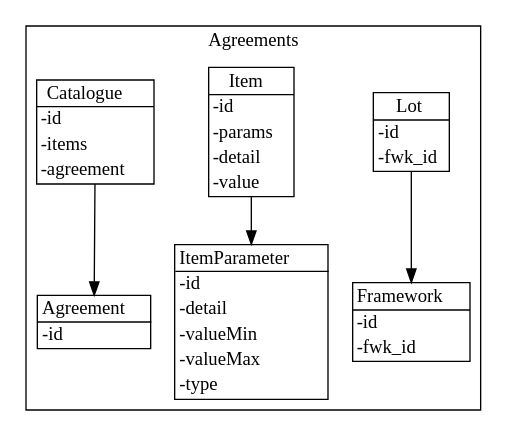
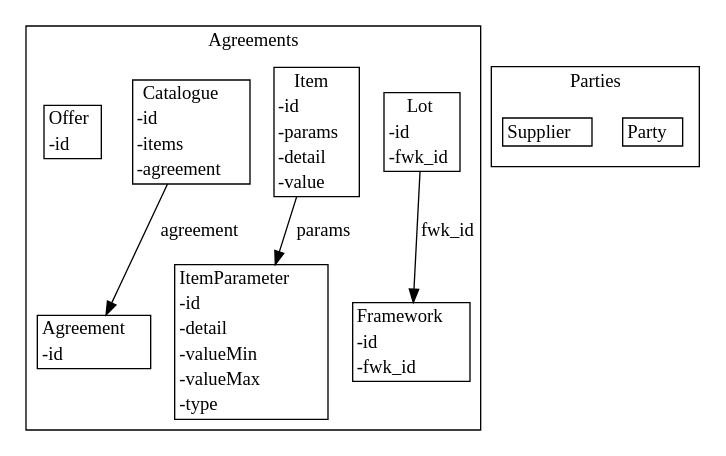
The diagram in agreement-design/diagrams/data_model.dot (Crown-Commercial-Service/cmp-design-prototype), drawn with Graphviz before and after one commit. The commit also changed 6 other files, not shown here.

```diff
--- a/agreement-design/diagrams/data_model.dot
+++ b/agreement-design/diagrams/data_model.dot
@@ -1,15 +1,22 @@
 strict digraph {
 subgraph cluster_Agreements {
 node [shape=plaintext margin=0];
 label=Agreements;
-"Agreement" [label=<<table BORDER="1" CELLBORDER="0" CELLSPACING="0"><TH><TD>Agreement</TD></TH><HR/><TR><TD ALIGN="LEFT">-id</TD></TR></table>>];
-"Framework" [label=<<table BORDER="1" CELLBORDER="0" CELLSPACING="0"><TH><TD>Framework</TD></TH><HR/><TR><TD ALIGN="LEFT">-id</TD></TR><TR><TD ALIGN="LEFT">-fwk_id</TD></TR></table>>];
-"Lot" [label=<<table BORDER="1" CELLBORDER="0" CELLSPACING="0"><TH><TD>Lot</TD></TH><HR/><TR><TD ALIGN="LEFT">-id</TD></TR><TR><TD ALIGN="LEFT">-fwk_id</TD></TR></table>>];
-"Lot" -> "Framework";
-"ItemParameter" [label=<<table BORDER="1" CELLBORDER="0" CELLSPACING="0"><TH><TD>ItemParameter</TD></TH><HR/><TR><TD ALIGN="LEFT">-id</TD></TR><TR><TD ALIGN="LEFT">-detail</TD></TR><TR><TD ALIGN="LEFT">-valueMin</TD></TR><TR><TD ALIGN="LEFT">-valueMax</TD></TR><TR><TD ALIGN="LEFT">-type</TD></TR></table>>];
-"Item" [label=<<table BORDER="1" CELLBORDER="0" CELLSPACING="0"><TH><TD>Item</TD></TH><HR/><TR><TD ALIGN="LEFT">-id</TD></TR><TR><TD ALIGN="LEFT">-params</TD></TR><TR><TD ALIGN="LEFT">-detail</TD></TR><TR><TD ALIGN="LEFT">-value</TD></TR></table>>];
-"Item" -> "ItemParameter";
-"Catalogue" [label=<<table BORDER="1" CELLBORDER="0" CELLSPACING="0"><TH><TD>Catalogue</TD></TH><HR/><TR><TD ALIGN="LEFT">-id</TD></TR><TR><TD ALIGN="LEFT">-items</TD></TR><TR><TD ALIGN="LEFT">-agreement</TD></TR></table>>];
-"Catalogue" -> "Agreement";
+"Agreement" [label=<<table BORDER="1" CELLBORDER="0" CELLSPACING="0"><TH><TD>Agreement</TD></TH><TR><TD ALIGN="LEFT">-id</TD></TR></table>>];
+"Framework" [label=<<table BORDER="1" CELLBORDER="0" CELLSPACING="0"><TH><TD>Framework</TD></TH><TR><TD ALIGN="LEFT">-id</TD></TR><TR><TD ALIGN="LEFT">-fwk_id</TD></TR></table>>];
+"Lot" [label=<<table BORDER="1" CELLBORDER="0" CELLSPACING="0"><TH><TD>Lot</TD></TH><TR><TD ALIGN="LEFT">-id</TD></TR><TR><TD ALIGN="LEFT">-fwk_id</TD></TR></table>>];
+"Lot" -> "Framework" [label=fwk_id];
+"ItemParameter" [label=<<table BORDER="1" CELLBORDER="0" CELLSPACING="0"><TH><TD>ItemParameter</TD></TH><TR><TD ALIGN="LEFT">-id</TD></TR><TR><TD ALIGN="LEFT">-detail</TD></TR><TR><TD ALIGN="LEFT">-valueMin</TD></TR><TR><TD ALIGN="LEFT">-valueMax</TD></TR><TR><TD ALIGN="LEFT">-type</TD></TR></table>>];
+"Item" [label=<<table BORDER="1" CELLBORDER="0" CELLSPACING="0"><TH><TD>Item</TD></TH><TR><TD ALIGN="LEFT">-id</TD></TR><TR><TD ALIGN="LEFT">-params</TD></TR><TR><TD ALIGN="LEFT">-detail</TD></TR><TR><TD ALIGN="LEFT">-value</TD></TR></table>>];
+"Item" -> "ItemParameter" [label=params];
+"Catalogue" [label=<<table BORDER="1" CELLBORDER="0" CELLSPACING="0"><TH><TD>Catalogue</TD></TH><TR><TD ALIGN="LEFT">-id</TD></TR><TR><TD ALIGN="LEFT">-items</TD></TR><TR><TD ALIGN="LEFT">-agreement</TD></TR></table>>];
+"Catalogue" -> "Agreement" [label=agreement];
+"Offer" [label=<<table BORDER="1" CELLBORDER="0" CELLSPACING="0"><TH><TD>Offer</TD></TH><TR><TD ALIGN="LEFT">-id</TD></TR></table>>];
+}
+subgraph cluster_Parties {
+node [shape=plaintext margin=0];
+label=Parties;
+"Party" [label=<<table BORDER="1" CELLBORDER="0" CELLSPACING="0"><TH><TD>Party</TD></TH></table>>];
+"Supplier" [label=<<table BORDER="1" CELLBORDER="0" CELLSPACING="0"><TH><TD>Supplier</TD></TH></table>>];
 }
 }
```
